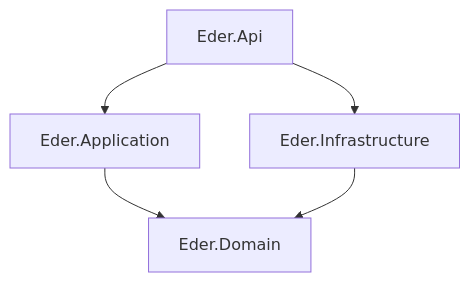
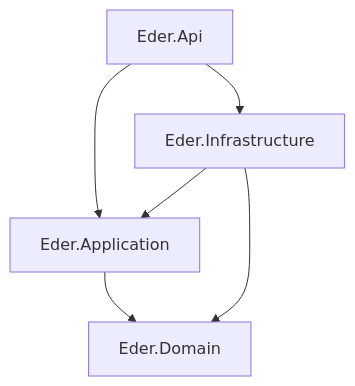
Before and after one commit to JohnHacker1998/eder-management-system: the diagram in README.md, drawn with Mermaid. The commit also changed other lines of this file and 2 other files, not shown here.

````diff
--- a/README.md
+++ b/README.md
@@ -9,12 +9,13 @@
 ```mermaid
 flowchart TB
   Api[Eder.Api]
   App[Eder.Application]
   Domain[Eder.Domain]
   Infra[Eder.Infrastructure]
 
   Api --> App
   Api --> Infra
   App --> Domain
   Infra --> Domain
+  Infra --> App
 ```
````
